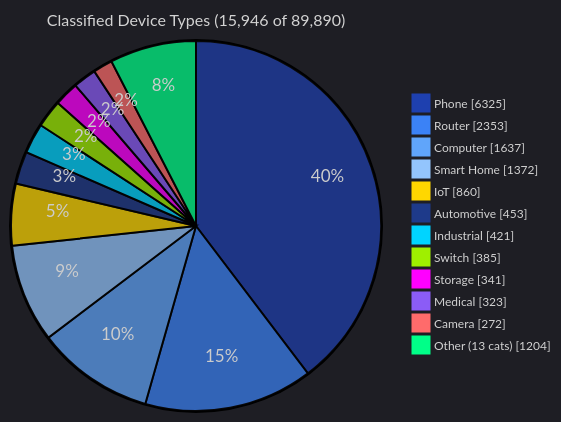
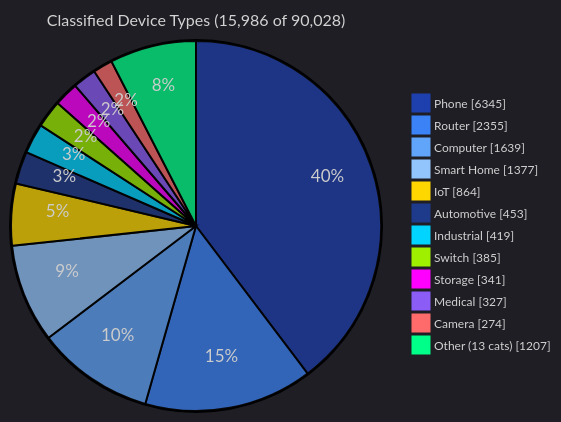
The fourth of 5 diagrams in README.md (Ringmast4r/OUI-Master-Database), drawn with Mermaid before and after one commit. The commit also changed other lines of this file and 14 other files, not shown here.

````diff
--- a/README.md
+++ b/README.md
@@ -166,17 +166,17 @@
 ```mermaid
 %%{init: {'theme':'dark', 'themeVariables': {'pie1':'#1E40AF','pie2':'#3B82F6','pie3':'#60A5FA','pie4':'#93C5FD','pie5':'#FFD700','pie6':'#1E3A8A','pie7':'#00D4FF','pie8':'#9FEF00','pie9':'#FF00FF','pie10':'#8B5CF6','pie11':'#FF6B6B','pie12':'#00FF88','pieTitleTextSize':'16px','pieLegendTextSize':'12px'}}}%%
 pie showData
-    title Classified Device Types (15,946 of 89,890)
-    "Phone" : 6325
-    "Router" : 2353
-    "Computer" : 1637
-    "Smart Home" : 1372
-    "IoT" : 860
+    title Classified Device Types (15,986 of 90,028)
+    "Phone" : 6345
+    "Router" : 2355
+    "Computer" : 1639
+    "Smart Home" : 1377
+    "IoT" : 864
     "Automotive" : 453
-    "Industrial" : 421
+    "Industrial" : 419
     "Switch" : 385
     "Storage" : 341
-    "Medical" : 323
-    "Camera" : 272
-    "Other (13 cats)" : 1204
+    "Medical" : 327
+    "Camera" : 274
+    "Other (13 cats)" : 1207
 ```
````
